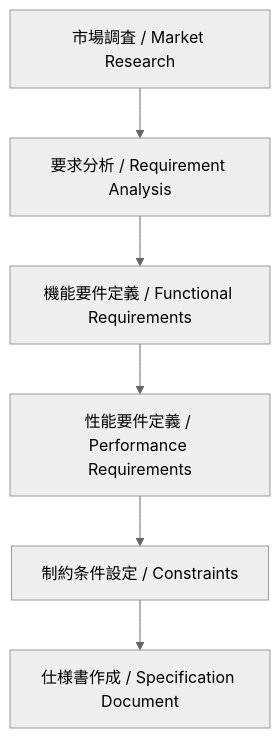
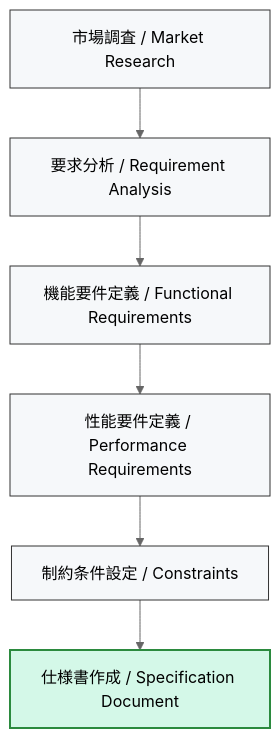
One commit to Samizo-AITL/Edusemi-v4x changed the diagram in chapter5a_spec_module_if/5a.1_spec_process.md. Above: the diagram before and after it, drawn with Mermaid (neutral theme). The commit also changed other lines of this file, not shown here.

````diff
--- a/chapter5a_spec_module_if/5a.1_spec_process.md
+++ b/chapter5a_spec_module_if/5a.1_spec_process.md
@@ -28,8 +36,11 @@
 ```mermaid
 flowchart TB
-    A[市場調査 / Market Research] --> B[要求分析 / Requirement Analysis]
-    B --> C[機能要件定義 / Functional Requirements]
-    C --> D[性能要件定義 / Performance Requirements]
-    D --> E[制約条件設定 / Constraints]
-    E --> F[仕様書作成 / Specification Document]
+    A[市場調査 / Market Research]:::step --> B[要求分析 / Requirement Analysis]:::step
+    B --> C[機能要件定義 / Functional Requirements]:::step
+    C --> D[性能要件定義 / Performance Requirements]:::step
+    D --> E[制約条件設定 / Constraints]:::step
+    E --> F[仕様書作成 / Specification Document]:::final
+
+    classDef step fill:#f6f8fa,stroke:#333,stroke-width:1px;
+    classDef final fill:#d4f8e8,stroke:#2b8a3e,stroke-width:2px;
 ```
````
